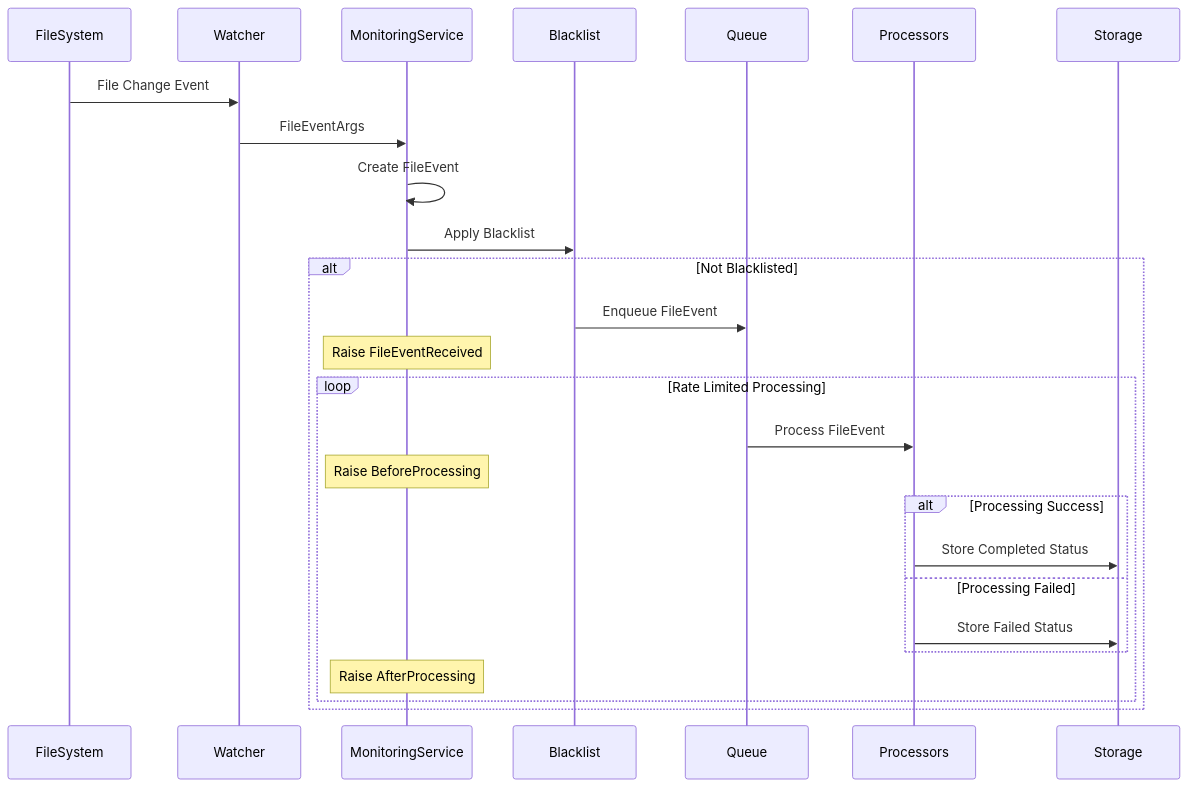
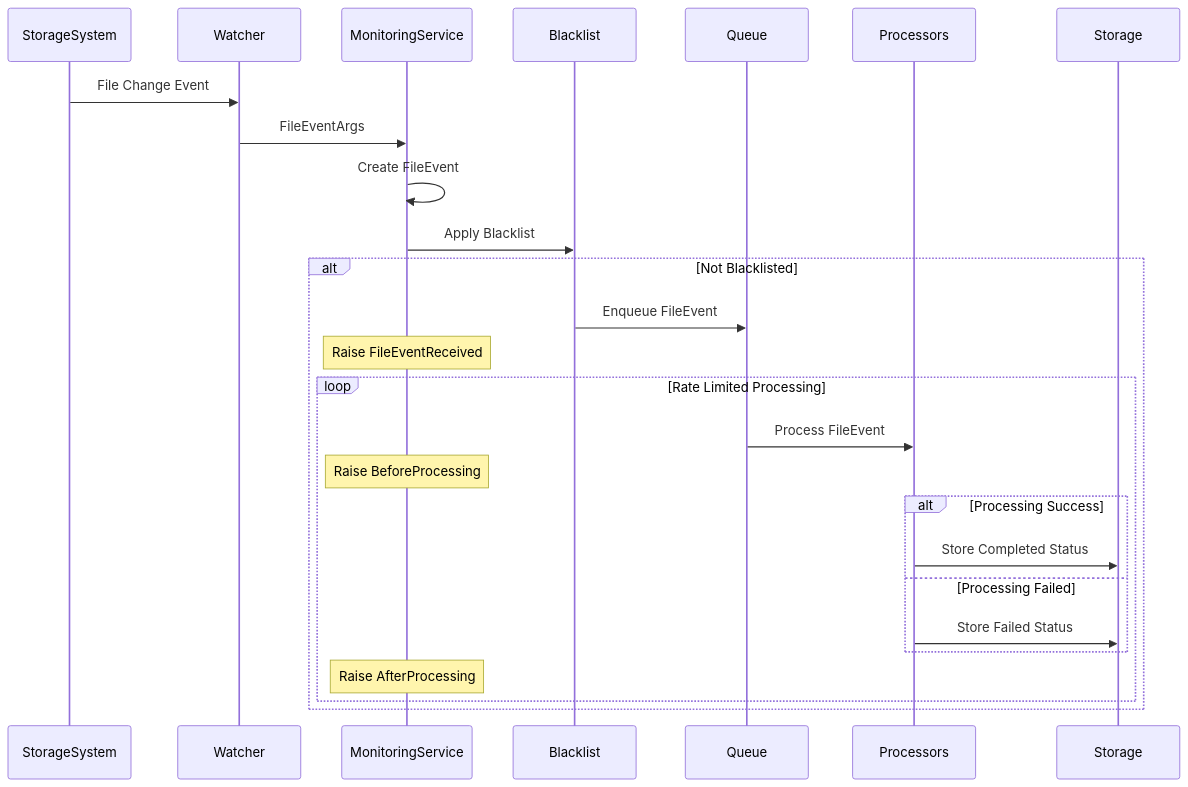
The second of 3 diagrams in src/Application.Storage/Monitoring/ARCHITECTURE.md (BridgingIT-GmbH/bITdevKit), drawn with Mermaid before and after one commit. The commit also changed other lines of this file and 1 other file, not shown here.

````diff
--- a/src/Application.Storage/Monitoring/ARCHITECTURE.md
+++ b/src/Application.Storage/Monitoring/ARCHITECTURE.md
@@ -169,33 +169,33 @@
 ```mermaid
 sequenceDiagram
-    participant FS as FileSystem
+    participant FS as StorageSystem
     participant W as Watcher
     participant MS as MonitoringService
     participant BL as Blacklist
     participant Q as Queue
     participant P as Processors
     participant S as Storage
 
     FS->>W: File Change Event
     W->>MS: FileEventArgs
     MS->>MS: Create FileEvent
     MS->>BL: Apply Blacklist
 
     alt Not Blacklisted
         BL->>Q: Enqueue FileEvent
         Note over MS: Raise FileEventReceived
 
         loop Rate Limited Processing
             Q->>P: Process FileEvent
             Note over MS: Raise BeforeProcessing
 
             alt Processing Success
                 P->>S: Store Completed Status
             else Processing Failed
                 P->>S: Store Failed Status
             end
 
             Note over MS: Raise AfterProcessing
         end
     end
 ```
````
